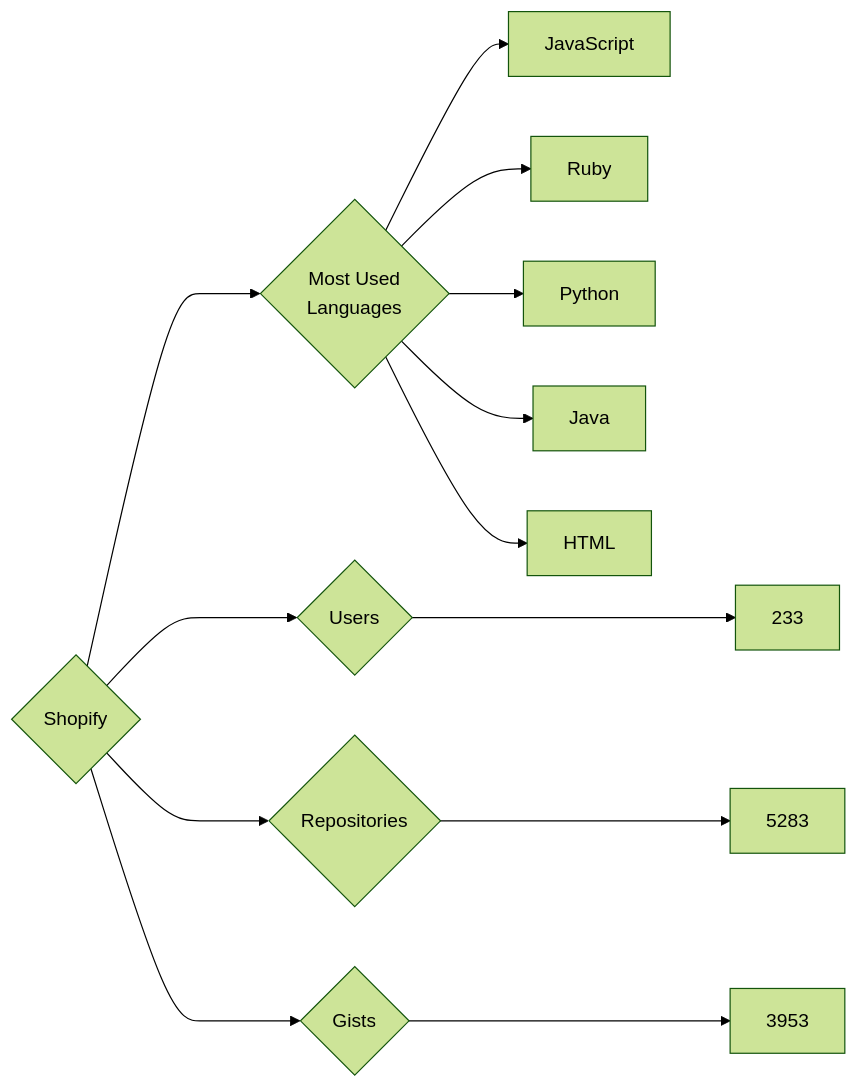
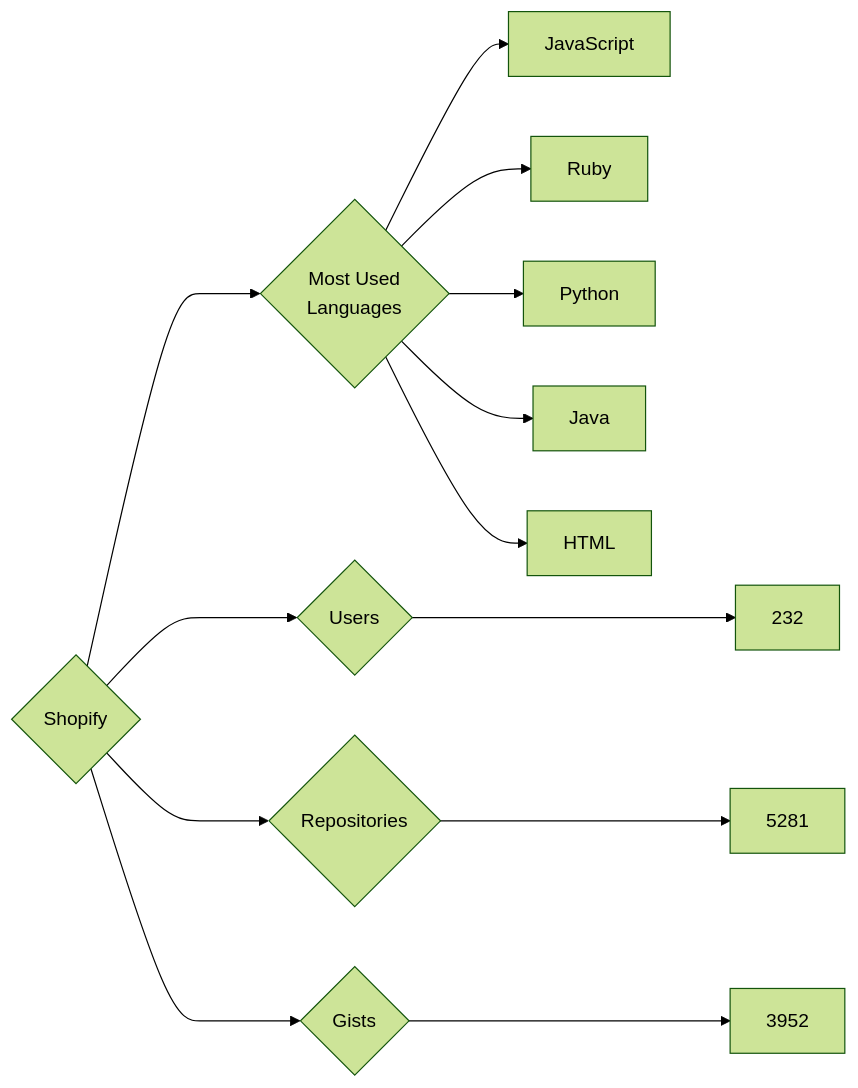
Before and after one commit to trickest/insiders: the diagram in targets/Shopify/README.md, drawn with Mermaid (forest theme). The commit also changed 444 other files, not shown here.

````diff
--- a/targets/Shopify/README.md
+++ b/targets/Shopify/README.md
@@ -3,13 +3,13 @@
 ```mermaid
 graph LR
 COMPANY_NAME{Shopify}
-COMPANY_NAME ---> U{Users} ---> UN[233]
-COMPANY_NAME ---> R{Repositories} ---> RN[5283]
-COMPANY_NAME ---> G{Gists} ---> GN[3953]
+COMPANY_NAME ---> U{Users} ---> UN[232]
+COMPANY_NAME ---> R{Repositories} ---> RN[5281]
+COMPANY_NAME ---> G{Gists} ---> GN[3952]
 COMPANY_NAME ---> ML{Most Used<br>Languages}
 ML --> JavaScript[JavaScript]
 ML --> Ruby[Ruby]
 ML --> Python[Python]
 ML --> Java[Java]
 ML --> HTML[HTML]
 ```
````
